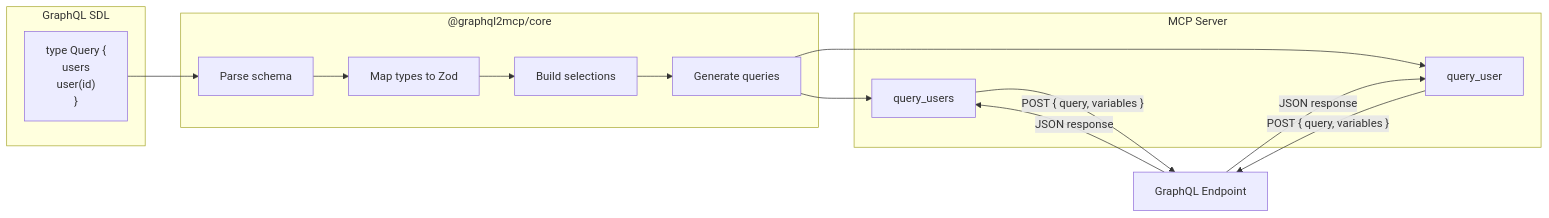
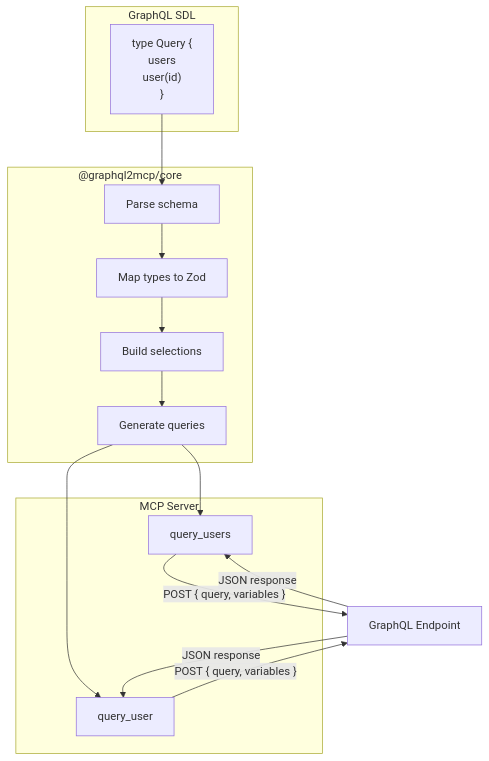
One commit to KKonstantinov/graphql2mcp changed the diagram in docs/index.md. Above: the diagram before and after it, drawn with Mermaid. The commit also changed other lines of this file and 6 other files, not shown here.

````diff
--- a/docs/index.md
+++ b/docs/index.md
@@ -117,25 +123,25 @@
 ```mermaid
-flowchart LR
+flowchart TD
     subgraph Source["GraphQL SDL"]
         S["type Query {\n  users\n  user(id)\n}"]
     end
 
     subgraph Core["@graphql2mcp/core"]
         P[Parse schema]
         M[Map types to Zod]
         B[Build selections]
         G[Generate queries]
         P --> M --> B --> G
     end
 
     subgraph Server["MCP Server"]
         T1[query_users]
         T2[query_user]
     end
 
     S --> P
     G --> T1
     G --> T2
     T1 & T2 -->|"POST { query, variables }"| E[GraphQL Endpoint]
     E -->|JSON response| T1 & T2
 ```
````
